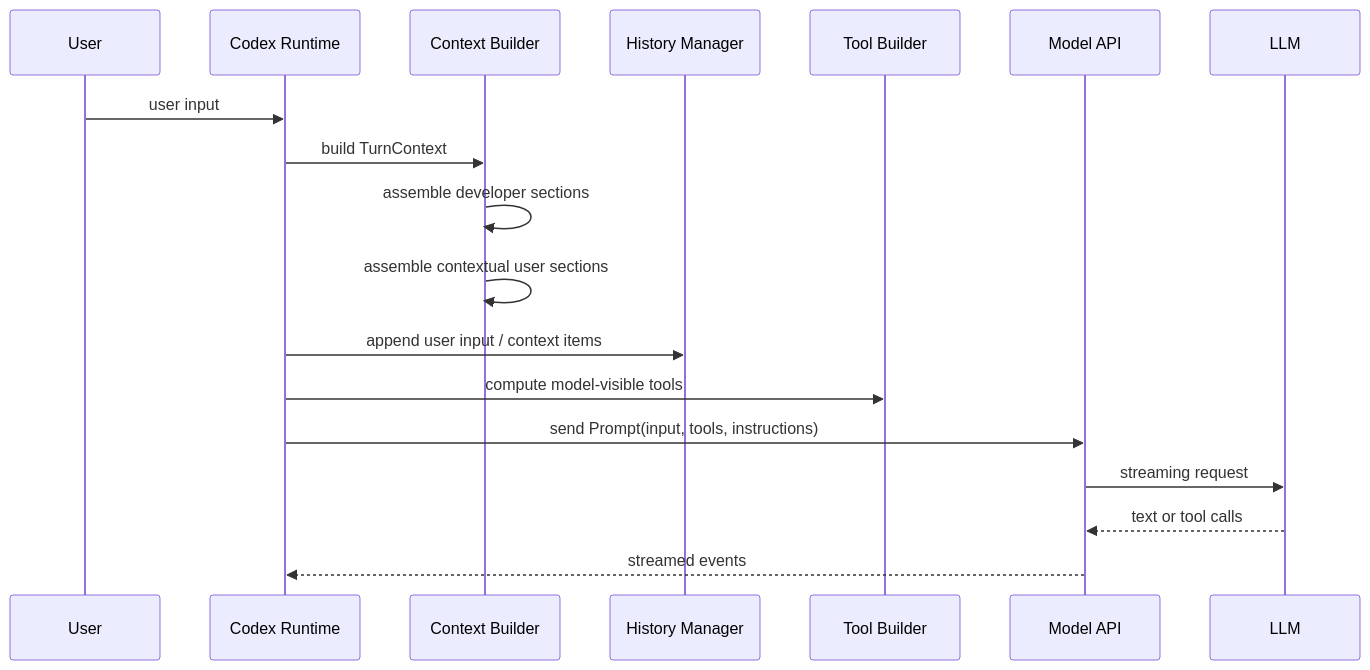
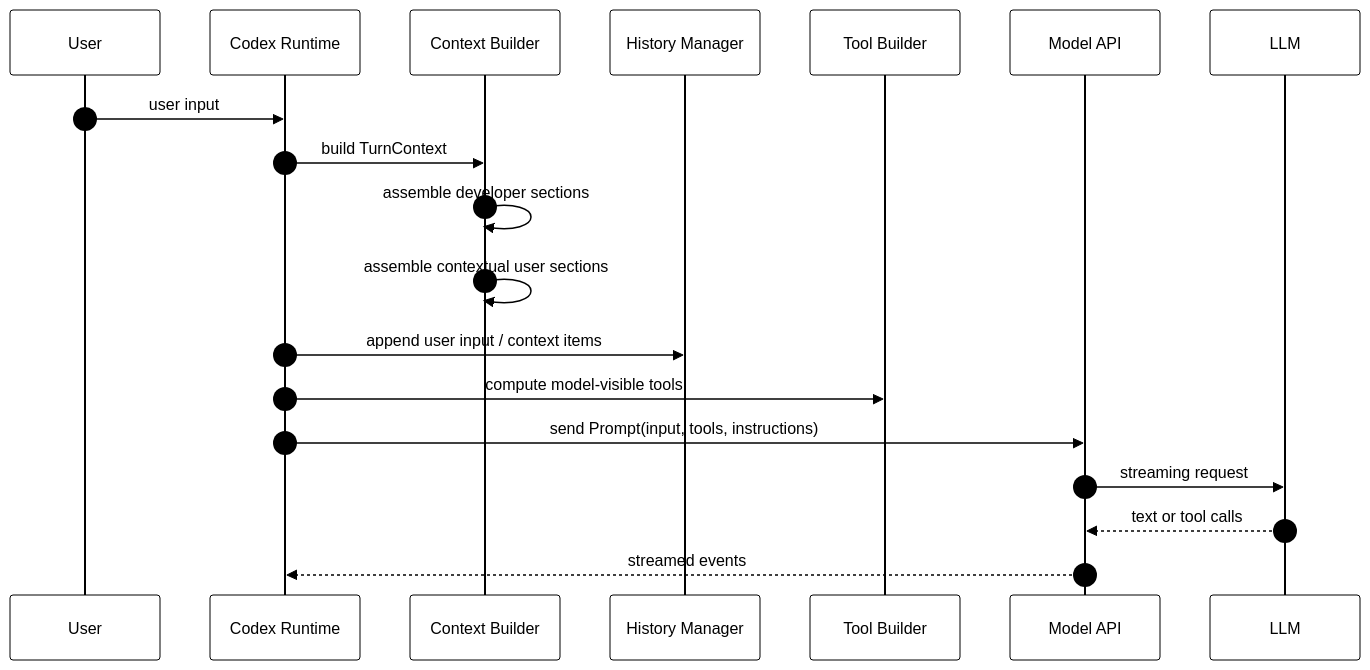
Before and after one commit to inputhacker/KnowledgeBase: the first of 2 diagrams in agentic_workflow/codex_agentic_workflow/codex_prompt_assembly_deep_dive.md, drawn with Mermaid. The commit also changed other lines of this file and 1 other file, not shown here.

Commit message:
docs: improve mermaid contrast in Codex workflow docs

````diff
--- a/agentic_workflow/codex_agentic_workflow/codex_prompt_assembly_deep_dive.md
+++ b/agentic_workflow/codex_agentic_workflow/codex_prompt_assembly_deep_dive.md
@@ -104,21 +104,23 @@
 ```mermaid
+%%{init: {"theme":"base","themeVariables":{"primaryColor":"#ffffff","primaryTextColor":"#000000","primaryBorderColor":"#000000","lineColor":"#000000","secondaryColor":"#ffffff","tertiaryColor":"#ffffff","actorBorder":"#000000","actorBkg":"#ffffff","actorTextColor":"#000000","actorLineColor":"#000000","signalColor":"#000000","signalTextColor":"#000000","labelBoxBkgColor":"#ffffff","labelBoxBorderColor":"#000000","labelTextColor":"#000000","noteBkgColor":"#ffffff","noteBorderColor":"#000000","noteTextColor":"#000000","sequenceNumberColor":"#000000"}}}%%
 sequenceDiagram
+    autonumber
     participant User as User
     participant Codex as Codex Runtime
     participant Ctx as Context Builder
     participant Hist as History Manager
     participant Tool as Tool Builder
     participant API as Model API
     participant LLM as LLM
 
     User->>Codex: user input
     Codex->>Ctx: build TurnContext
     Ctx->>Ctx: assemble developer sections
     Ctx->>Ctx: assemble contextual user sections
     Codex->>Hist: append user input / context items
     Codex->>Tool: compute model-visible tools
     Codex->>API: send Prompt(input, tools, instructions)
     API->>LLM: streaming request
     LLM-->>API: text or tool calls
     API-->>Codex: streamed events
 ```
````
